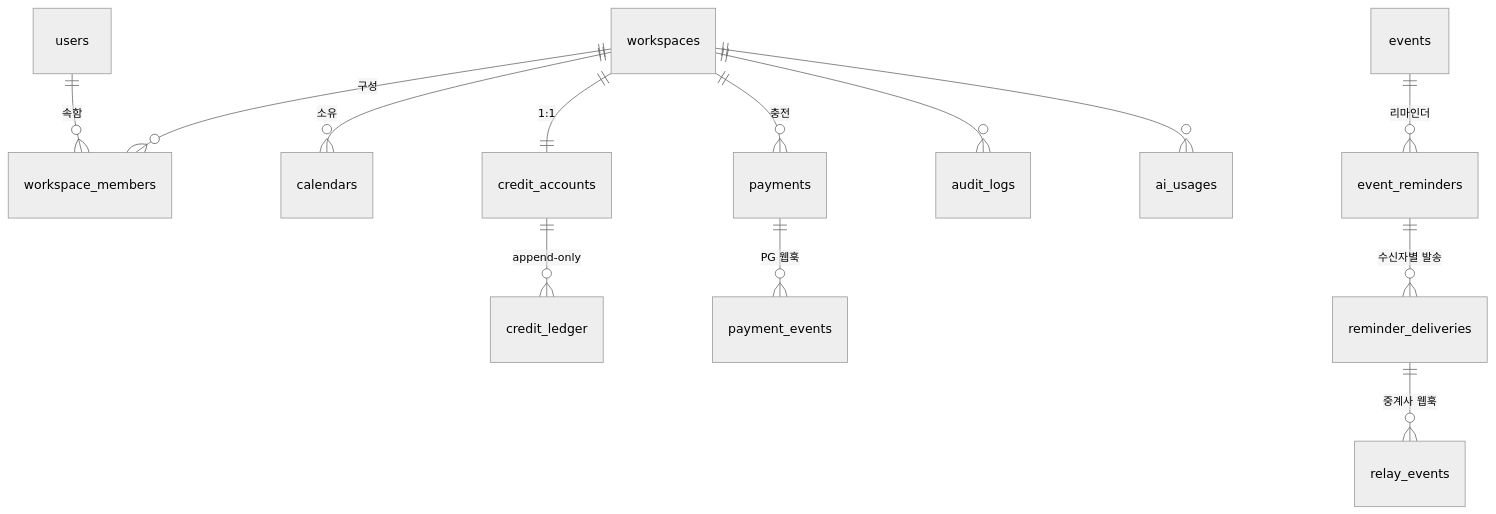
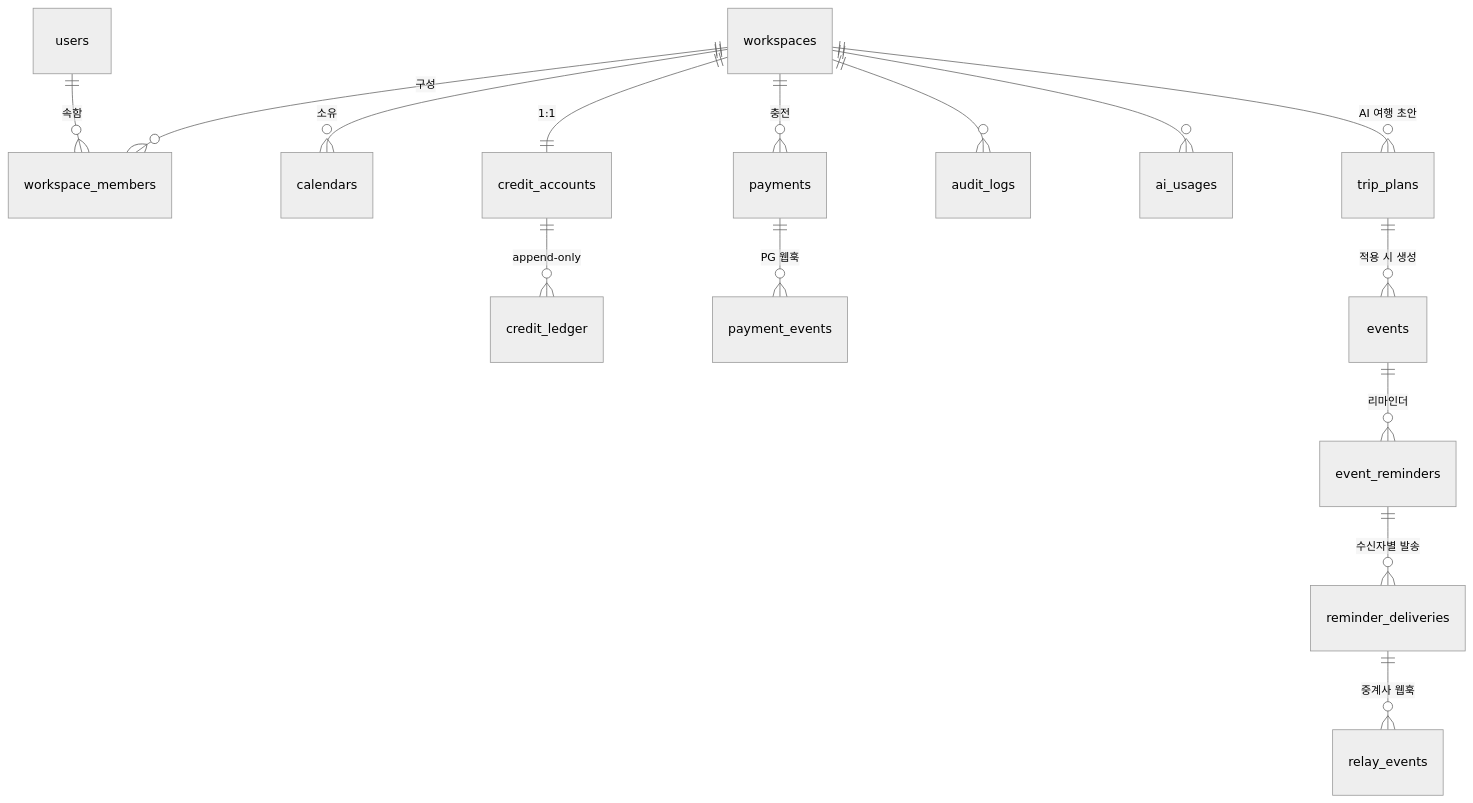
Before and after one commit to seommin/plandit: the diagram in docs/ERD.md, drawn with Mermaid (neutral theme). The commit also changed other lines of this file and 1 other file, not shown here.

````diff
--- a/docs/ERD.md
+++ b/docs/ERD.md
@@ -9,15 +9,17 @@
 ```mermaid
 erDiagram
     users ||--o{ workspace_members : "속함"
     workspaces ||--o{ workspace_members : "구성"
     workspaces ||--o{ calendars : "소유"
     workspaces ||--|| credit_accounts : "1:1"
     credit_accounts ||--o{ credit_ledger : "append-only"
     workspaces ||--o{ payments : "충전"
     payments ||--o{ payment_events : "PG 웹훅"
     events ||--o{ event_reminders : "리마인더"
     event_reminders ||--o{ reminder_deliveries : "수신자별 발송"
     reminder_deliveries ||--o{ relay_events : "중계사 웹훅"
     workspaces ||--o{ audit_logs : ""
     workspaces ||--o{ ai_usages : ""
+    workspaces ||--o{ trip_plans : "AI 여행 초안"
+    trip_plans ||--o{ events : "적용 시 생성"
 ```
````
